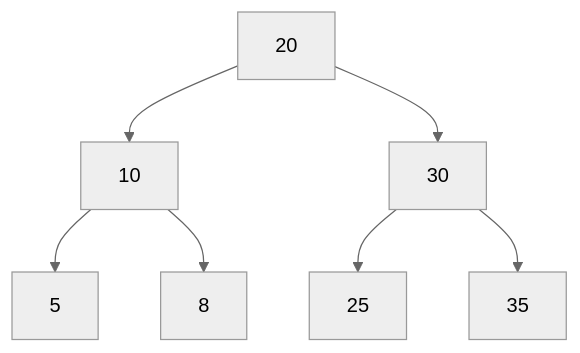
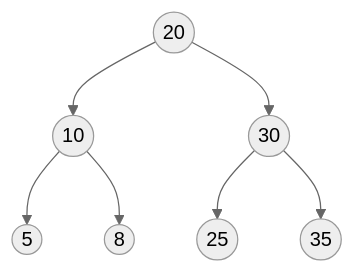
Before and after one commit to 3strategy/BeautifulMivney: diagram 11 of 11 in cst/6binnode/Ex6a3binnode.md, drawn with Mermaid (neutral theme). The commit also changed other lines of this file and 3 other files, not shown here.

````diff
--- a/cst/6binnode/Ex6a3binnode.md
+++ b/cst/6binnode/Ex6a3binnode.md
@@ -299,9 +299,9 @@
     ```mermaid
     flowchart TB
-      A[20] --> B[10]
-      A --> C[30]
-      B --> D[5]:::leaf
-      B --> E[8]:::leaf
-      C --> F[25]:::leaf
-      C --> G[35]:::leaf
+      A((20)) --> B((10))
+      A --> C((30))
+      B --> D((5)):::leaf
+      B --> E((8)):::leaf
+      C --> F((25)):::leaf
+      C --> G((35)):::leaf
     ```
````
